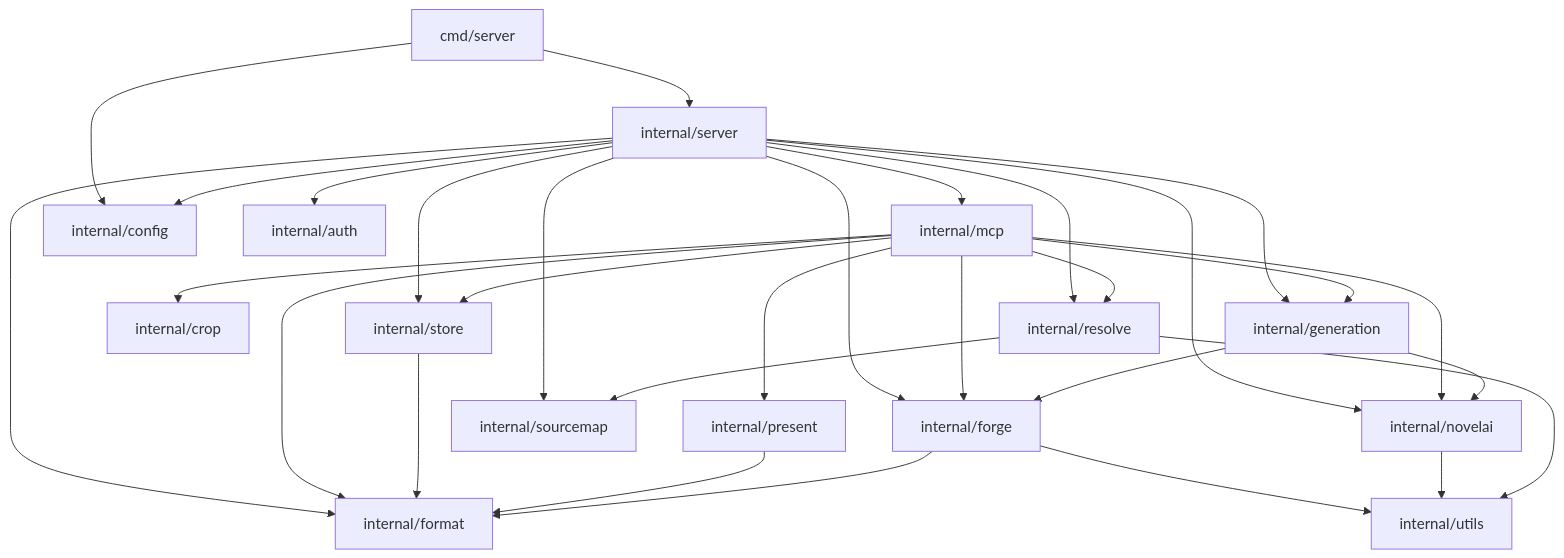
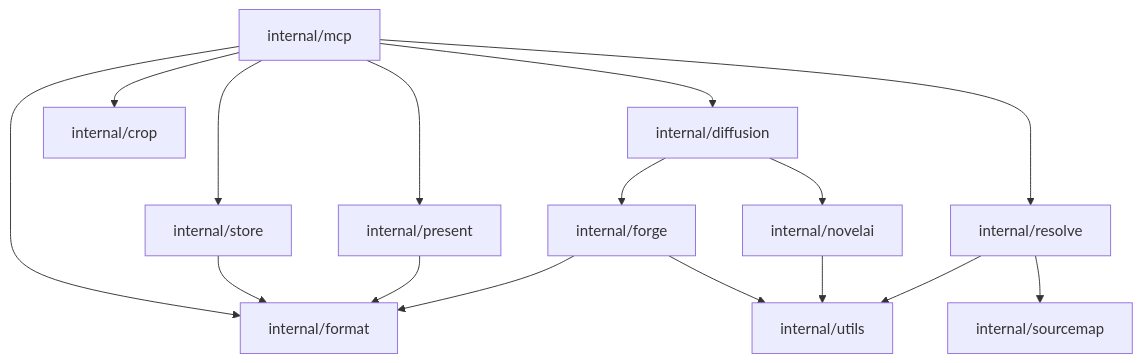
One commit to wishmatic/neo-mcp changed the diagram in AGENTS.md. Above: the diagram before and after it, drawn with Mermaid. The commit also changed other lines of this file and 30 other files, not shown here.

````diff
--- a/AGENTS.md
+++ b/AGENTS.md
@@ -83,52 +83,32 @@
 ```mermaid
 flowchart TD
-    cmd["cmd/server"]
-    server["internal/server"]
     mcp["internal/mcp"]
-    generation["internal/generation"]
+    diffusion["internal/diffusion"]
     present["internal/present"]
     crop["internal/crop"]
     format["internal/format"]
     forge["internal/forge"]
     novelai["internal/novelai"]
     sourcemap["internal/sourcemap"]
     resolve["internal/resolve"]
     store["internal/store"]
-    config["internal/config"]
-    auth["internal/auth"]
     utils["internal/utils"]
 
-    cmd --> server
-    cmd --> config
-
-    server --> mcp
-    server --> generation
-    server --> auth
-    server --> config
-    server --> forge
-    server --> novelai
-    server --> resolve
-    server --> store
-    server --> format
-    server --> sourcemap
-
-    mcp --> generation
-    mcp --> forge
+    mcp --> diffusion
     mcp --> crop
     mcp --> present
     mcp --> format
-    mcp --> novelai
     mcp --> resolve
     mcp --> store
 
-    generation --> forge
-    generation --> novelai
+    diffusion --> forge
+    diffusion --> novelai
     store --> format
     present --> format
 
     forge --> format
     forge --> utils
     novelai --> utils
     resolve --> sourcemap
     resolve --> utils
 ```
````
